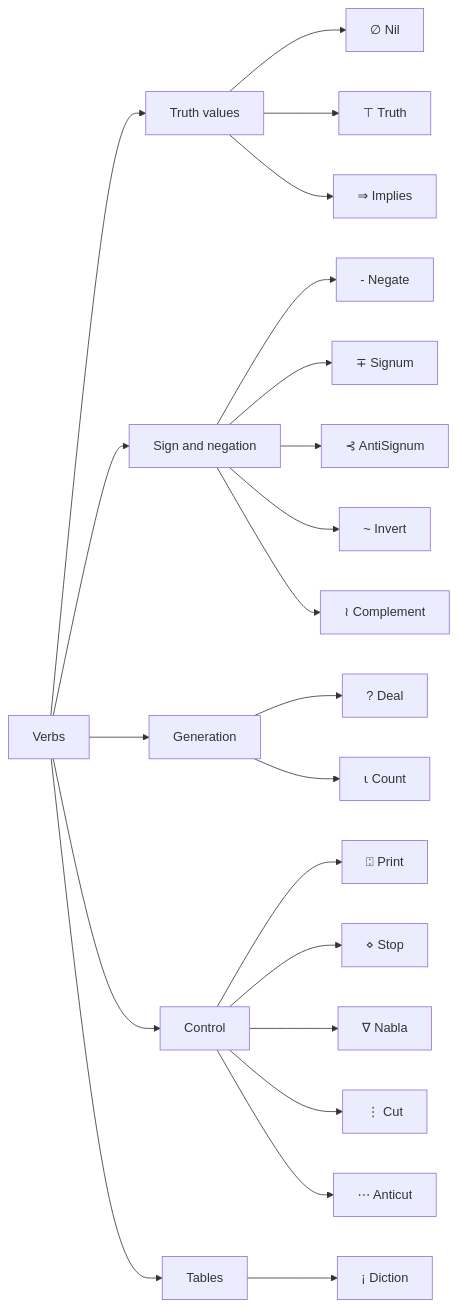
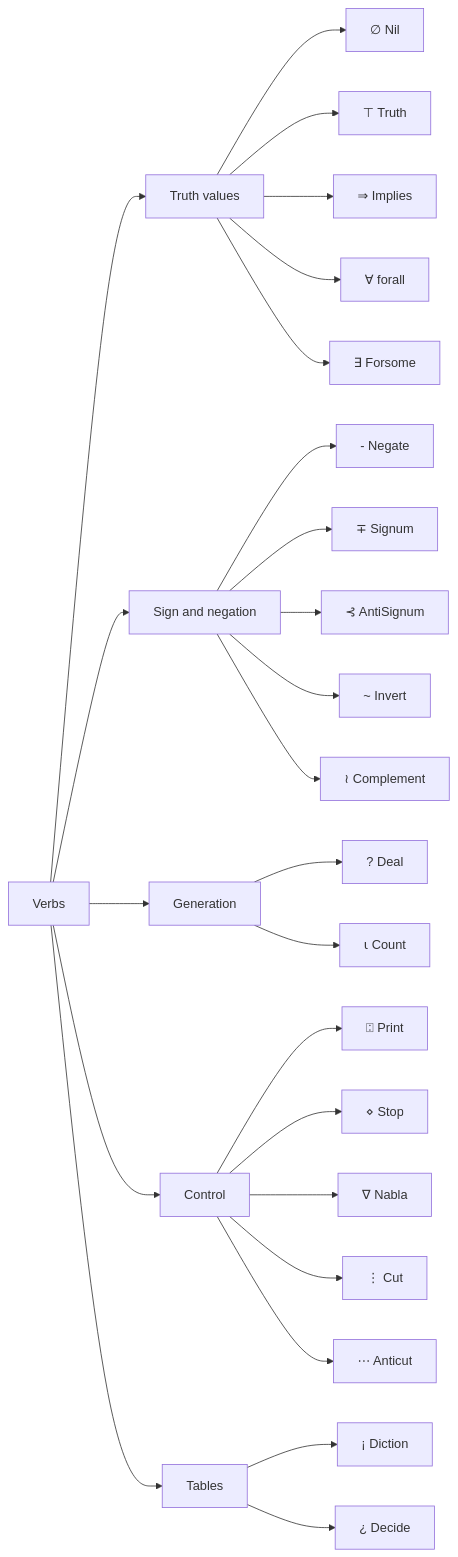
Before and after one commit to IronAutie/Wuxia-The-Manual: the diagram in manual-verb-index.md, drawn with Mermaid. The commit also changed 7 other files, not shown here.

````diff
--- a/manual-verb-index.md
+++ b/manual-verb-index.md
@@ -3,40 +3,46 @@
 ```mermaid
 graph LR
     V["Verbs"] --> T["Truth values"]
     V --> S["Sign and negation"]
     V --> G["Generation"]
     V --> C["Control"]
     V --> TB["Tables"]
     T --> Nil["∅ Nil"]
     T --> Truth["⊤ Truth"]
     T --> Implies["⇒ Implies"]
+    T --> forall["∀ forall"]
+    T --> Forsome["∃ Forsome"]
     S --> Negate["- Negate"]
     S --> Signum["∓ Signum"]
     S --> AntiSignum["⊰ AntiSignum"]
     S --> Invert["~ Invert"]
     S --> Complement["≀ Complement"]
     G --> Deal["? Deal"]
     G --> Count["⍳ Count"]
     C --> Print["⍠ Print"]
     C --> Stop["⋄ Stop"]
     C --> Nabla["∇ Nabla"]
     C --> Cut["⋮ Cut"]
     C --> Anticut["⋯ Anticut"]
     TB --> Diction["¡ Diction"]
+    TB --> Decide["¿ Decide"]
     click Nil "https://github.com/IronAutie/Wuxia-The-Manual/blob/main/manual-page-0-nil.md"
     click Truth "https://github.com/IronAutie/Wuxia-The-Manual/blob/main/manual-page-back-truth.md"
     click Implies "https://github.com/IronAutie/Wuxia-The-Manual/blob/main/manual-page-4-implies.md"
+    click forall "https://github.com/IronAutie/Wuxia-The-Manual/blob/main/manual-page-16-forall.md"
+    click Forsome "https://github.com/IronAutie/Wuxia-The-Manual/blob/main/manual-page-17-forsome.md"
     click Negate "https://github.com/IronAutie/Wuxia-The-Manual/blob/main/manual-page-1-negate.md"
     click Signum "https://github.com/IronAutie/Wuxia-The-Manual/blob/main/manual-page-5-signum.md"
     click AntiSignum "https://github.com/IronAutie/Wuxia-The-Manual/blob/main/manual-page-6-antisignum.md"
     click Invert "https://github.com/IronAutie/Wuxia-The-Manual/blob/main/manual-page-3-invert.md"
     click Complement "https://github.com/IronAutie/Wuxia-The-Manual/blob/main/manual-page-13-complement.md"
     click Deal "https://github.com/IronAutie/Wuxia-The-Manual/blob/main/manual-page-2-deal.md"
     click Count "https://github.com/IronAutie/Wuxia-The-Manual/blob/main/manual-page-9-count.md"
     click Print "https://github.com/IronAutie/Wuxia-The-Manual/blob/main/manual-page-7-print.md"
     click Stop "https://github.com/IronAutie/Wuxia-The-Manual/blob/main/manual-page-8-diamond.md"
     click Nabla "https://github.com/IronAutie/Wuxia-The-Manual/blob/main/manual-page-10-nabla.md"
     click Cut "https://github.com/IronAutie/Wuxia-The-Manual/blob/main/manual-page-11-cut.md"
     click Anticut "https://github.com/IronAutie/Wuxia-The-Manual/blob/main/manual-page-12-anticut.md"
     click Diction "https://github.com/IronAutie/Wuxia-The-Manual/blob/main/manual-page-14-diction.md"
+    click Decide "https://github.com/IronAutie/Wuxia-The-Manual/blob/main/manual-page-15-decide.md"
 ```
````
